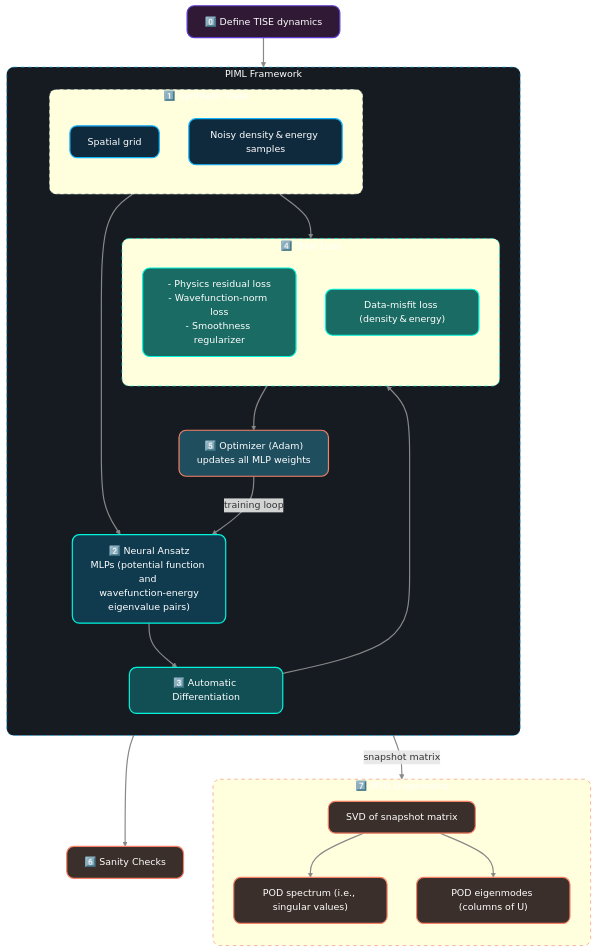
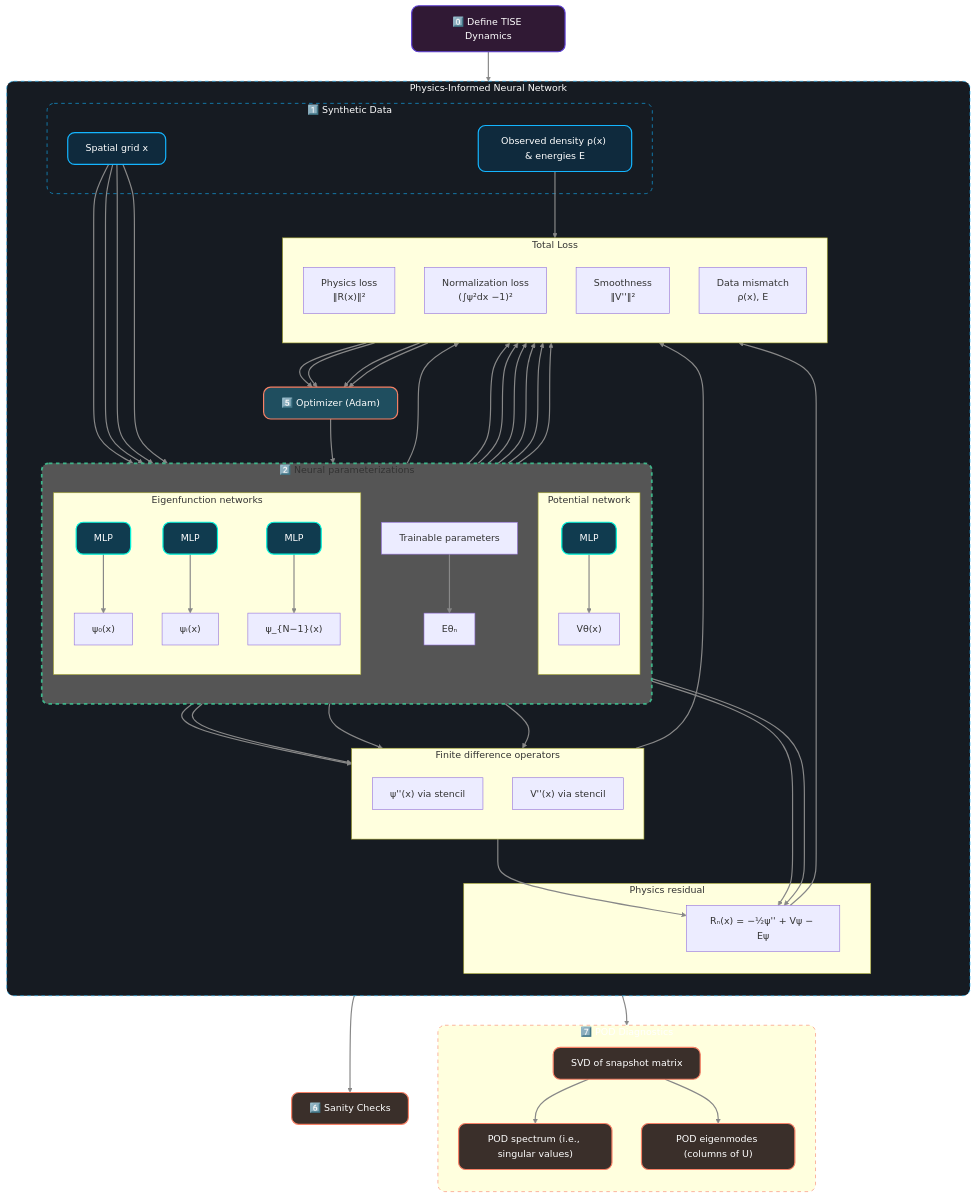
The diagram in README.md (Scriber-Labs/lf-pinn-inverse-schrodinger), drawn with Mermaid before and after one commit.

Commit message:
Major changes to the mermaid diagram of the PIML architecture. Still isn't finished.

````diff
--- a/README.md
+++ b/README.md
@@ -115,46 +115,109 @@
     classDef Observed_data stroke:#0f2a3d,stroke-dasharray:6 6,color:#ffffff,rx:12,ry:12;
     classDef Total_loss stroke:#00f5db,stroke-dasharray:6 6,color:#ffffff,rx:12,ry:12;
     classDef POD_diagnostics stroke:#f78166,stroke-dasharray:6 6,color:#ffffff,rx:12,ry:12;
-
+    
+    classDef dashed_blue fill:#161b22,stroke:#14b5ff,stroke-dasharray:6 6,color:#ffffff,rx:12,ry:12;
+    classDef dashed_green fill:#555555,stroke:#3EB489,stroke-width:3px,stroke-dasharray:6 6,color:#fffff,rx:12,ry:12;
+    classDef dashed_orange fill:161b22, stroke:#f78166, stroke-dasharray: 6 6,color:#ffffff,rx:12,ry:12;
     %%--------------------------------------------------------------
     %%  LIGHT‑GRAY ARROW STYLE (so arrows stay subtle)
     %%--------------------------------------------------------------
     linkStyle default stroke:#888,stroke-width:2px
 
     %%--------------------------------------------------------------
-    %%  CORE PIML PIPELINE
+    %% CORE PINN PIPELINE
     %%--------------------------------------------------------------
-    subgraph PIML["PIML Framework"]
+
+    subgraph PINN["Physics-Informed Neural Network"]
+    direction TB
+    
+        subgraph synthetic_data["1️⃣ Synthetic Data"]
+            A["Spatial grid x"]:::stage1
+            obs["Observed density ρ(x) & energies E"]:::stage1
+        end
+    
+        %% Neural parameterizations
+        subgraph NN["2️⃣ Neural parameterizations"]
         direction TB
+            subgraph potential["Potential network"]
+              Vnet["MLP"] --> V["Vθ(x)"]
+            end
 
-        subgraph synthetic_data["1️⃣ Synthetic Data"]
-            direction TB
-            B["Spatial grid"]:::stage1
-            obs["Noisy density & energy samples"]:::stage1
+            subgraph states["Eigenfunction networks"]
+                psi0net["MLP"] --> psi0["ψ₀(x)"]
+                psinet["MLP"] --> psii["ψᵢ(x)"]
+                psin["MLP"] --> psif["ψ_{N−1}(x)"]
+            end
+
+            Eparam["Trainable parameters"] --> Etheta["Eθₙ"]
         end
-        synthetic_data:::Observed_data
 
-        C["2️⃣ Neural Ansatz\nMLPs (potential function and \n wavefunction-energy eigenvalue pairs)"]:::stage2
+        %% Derivatives
+        subgraph derivatives["Finite difference operators"]
+        direction TB
+            psiDD["ψ''(x) via stencil"]
+            VDD["V''(x) via stencil"]
+        end
 
-        D["3️⃣ Automatic Differentiation"]:::stage3
+        %% Physics residual
+        subgraph physics["Physics residual"]
+            R["Rₙ(x) = −½ψ'' + Vψ − Eψ"]
+        end
 
-        subgraph loss["4️⃣ Total Loss"]
-            direction TB
-            physics["- Physics residual loss\n- Wavefunction‑norm loss\n- Smoothness regularizer"]:::stage4
-            data["Data‑misfit loss (density & energy)"]:::stage4
+        %% Loss terms
+        subgraph loss["Total Loss"]
+        direction TB
+            Lphys["Physics loss\n‖R(x)‖²"]
+            Lnorm["Normalization loss\n(∫ψ²dx −1)²"]
+            Lsmooth["Smoothness\n‖V''‖²"]
+            Ldata["Data mismatch\nρ(x), E"]
         end
-        loss:::Total_loss
+        
+        NN:::dashed_green
+        opt["5️⃣ Optimizer (Adam)"]:::stage5
 
-        F["5️⃣ Optimizer (Adam)\nupdates all MLP weights"]:::stage5
+        end
 
-        %% Connections (light‑gray arrows)
-        B --> C
-        obs --> data
-        C --> D
-        D --> loss
-        loss --> F
-        F -- training loop --> C
-    end
+    %%--------------------------------------------------------------
+    %% Connections
+    %%--------------------------------------------------------------
+
+    A --> Vnet:::stage2
+    A --> psi0net:::stage2
+    A --> psinet:::stage2
+    A --> psin:::stage2
+
+psi0 --> psiDD
+psii --> psiDD
+psif --> psiDD
+
+V --> VDD
+
+psiDD --> R
+V --> R
+Etheta --> R
+
+R --> Lphys
+
+psi0 --> Lnorm
+psii --> Lnorm
+psif --> Lnorm
+
+VDD --> Lsmooth
+
+psi0 --> Ldata
+psii --> Ldata
+psif --> Ldata
+Etheta --> Ldata
+obs --> Ldata
+
+Lphys --> opt
+Lnorm --> opt
+Lsmooth --> opt
+Ldata --> opt
+
+opt --> NN
+
 
     %%--------------------------------------------------------------
     %%  POST‑TRAINING DIAGNOSTICS
@@ -173,12 +236,8 @@
         SVD --> U
     end
     
-    A["0️⃣ Define TISE dynamics"]:::stage0
-
-    %%--------------------------------------------------------------
-    %%  OUTER LINKS
-    %%--------------------------------------------------------------
-    A --> PIML:::PIML_framework
-    PIML --> H
-    PIML -- snapshot matrix --> POD:::POD_diagnostics
+    step0["0️⃣ Define TISE Dynamics"]:::stage0 --> PINN:::dashed_blue
+    synthetic_data:::dashed_blue
+    PINN --> H
+    PINN --> POD:::dashed_orange
 ```
````
